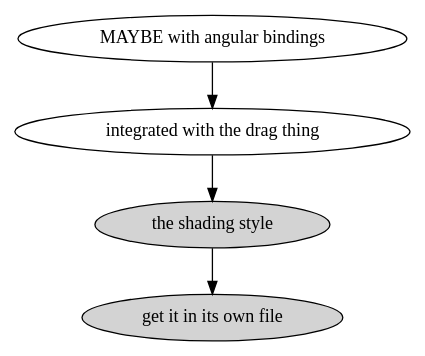
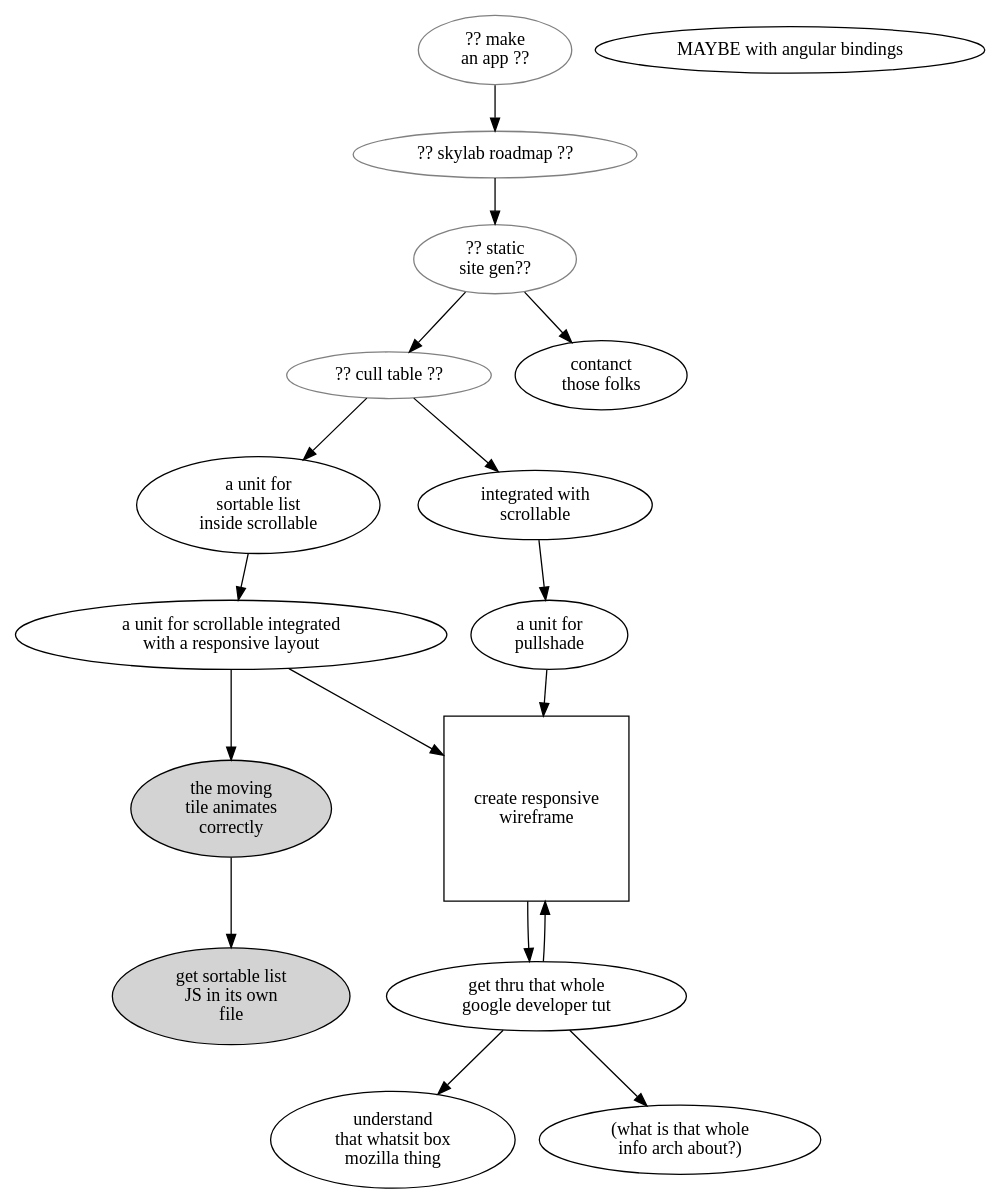
The diagram in lib/skylab/sand-castle/doc/issues.dot (hipe/tmx), drawn with Graphviz before and after one commit. The commit also changed 3 other files, not shown here.

```diff
--- a/lib/skylab/sand-castle/doc/issues.dot
+++ b/lib/skylab/sand-castle/doc/issues.dot
@@ -1,13 +1,43 @@
 digraph g {
 
-one [label="get it in its own file" style=filled]
-two [label="the shading style" style=filled]
+app1 [label="?? make\nan app ??" color=grey];
+app1->plan;
 
-three [label="integrated with the drag thing"]
+plan [label="?? skylab roadmap ??" color=grey];
+plan->ssg;
+
+ssg [label="?? static\nsite gen??" color=grey];
+ssg->ct;
+ssg->ctg;
+ctg [label="contanct\nthose folks"]
+
+ct [label="?? cull table ??", color=grey];
+ct->nxt; ct->atns;
+
+atns [label="integrated with\nscrollable"]
+atns->atn;
+
+atn [label="a unit for\npullshade"]
+atn->sq
+
+nxt [label="a unit for\nsortable list\ninside scrollable"] ; nxt->three;
+
+moz [label="understand\nthat whatsit box\nmozilla thing"] ; tut->moz;
+
+sq [label="create responsive\nwireframe" shape=square] ; sq->tut ; tut->sq;
+three->sq
+three->two
+
+
+tut [label="get thru that whole\ngoogle developer tut"]
+
+tut -> tut_ ; tut_ [label="(what is that whole\ninfo arch about?)"]
+
+one [label="get sortable list\nJS in its own\nfile" style=filled]
+two [label="the moving\ntile animates\ncorrectly" style=filled]
+
+three [label="a unit for scrollable integrated\nwith a responsive layout"]
 four [label="MAYBE with angular bindings"]
 
 two->one
-three->two
-four->three
-
 }
```
